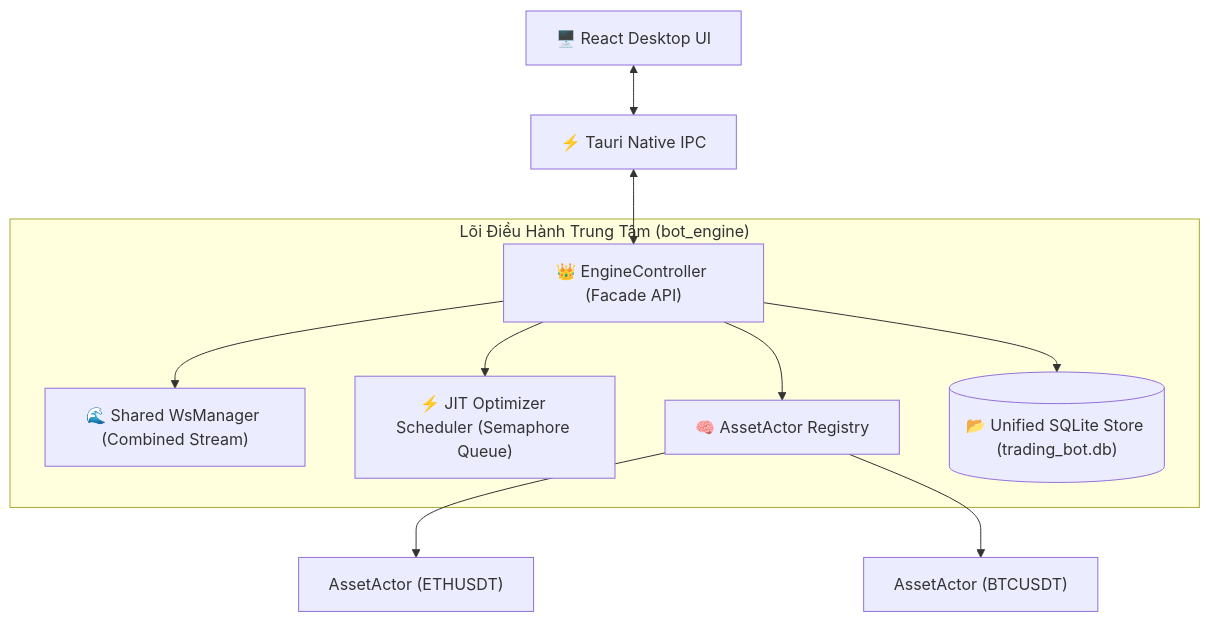
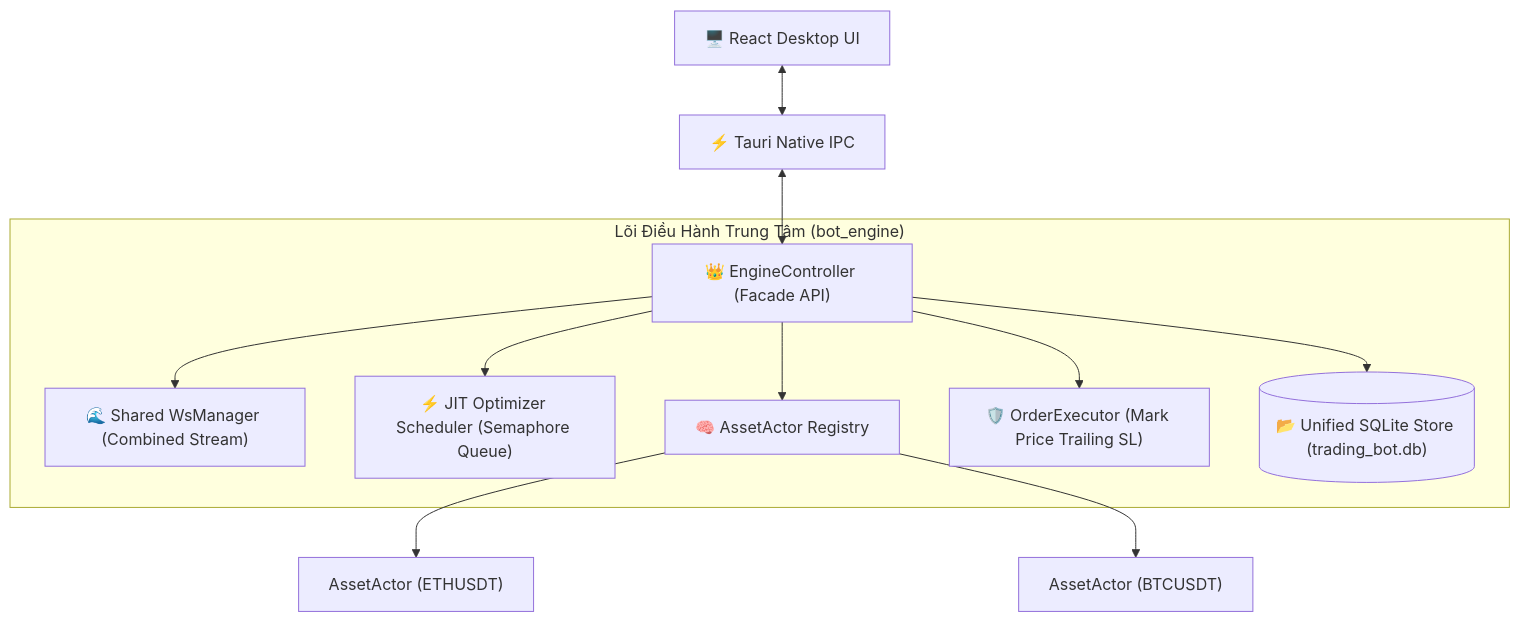
The diagram in trading_bot/docs/engine/README.md (sylason/helios), drawn with Mermaid before and after one commit. The commit also changed other lines of this file and 17 other files, not shown here.

````diff
--- a/trading_bot/docs/engine/README.md
+++ b/trading_bot/docs/engine/README.md
@@ -34,15 +36,16 @@
 ```mermaid
 graph TD
     UI["🖥️ React Desktop UI"] <--> Bridge["⚡ Tauri Native IPC"]
     Bridge <--> Facade["👑 EngineController (Facade API)"]
 
     subgraph "Lõi Điều Hành Trung Tâm (bot_engine)"
         Facade --> WS["🌊 Shared WsManager (Combined Stream)"]
         Facade --> Scheduler["⚡ JIT Optimizer Scheduler (Semaphore Queue)"]
         Facade --> Registry["🧠 AssetActor Registry"]
+        Facade --> Exec["🛡️ OrderExecutor (Mark Price Trailing SL)"]
         Facade --> DB[("📂 Unified SQLite Store (trading_bot.db)")]
     end
 
     Registry --> ActorETH["AssetActor (ETHUSDT)"]
     Registry --> ActorBTC["AssetActor (BTCUSDT)"]
 ```
````
